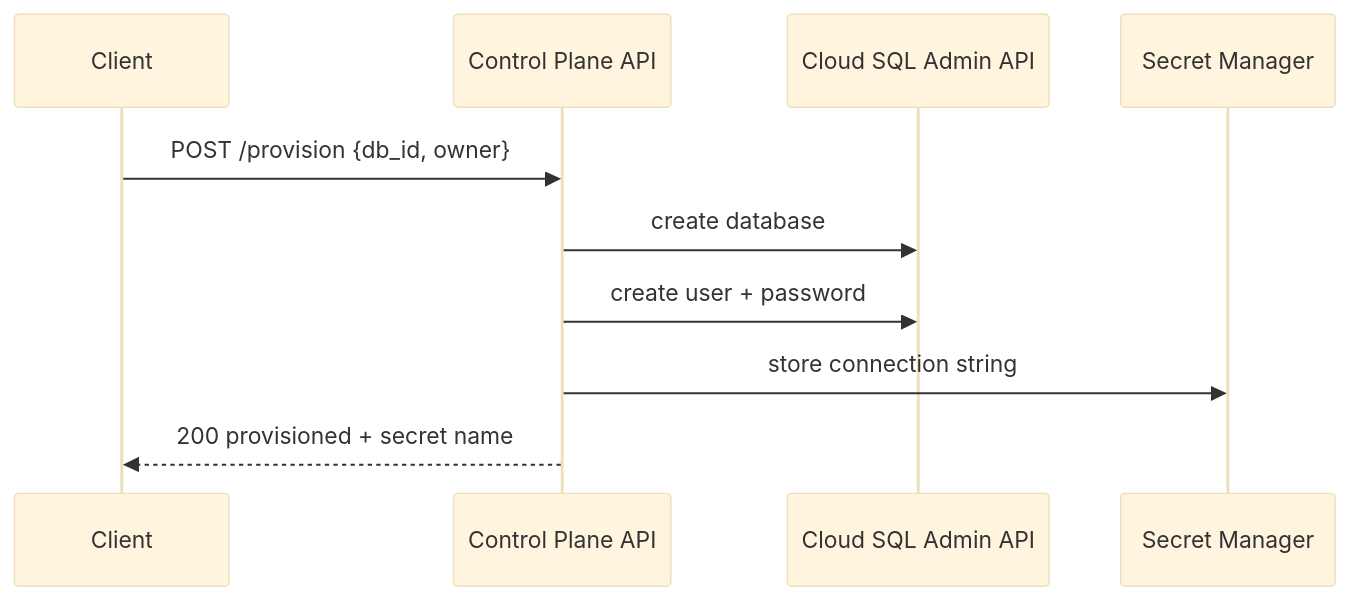
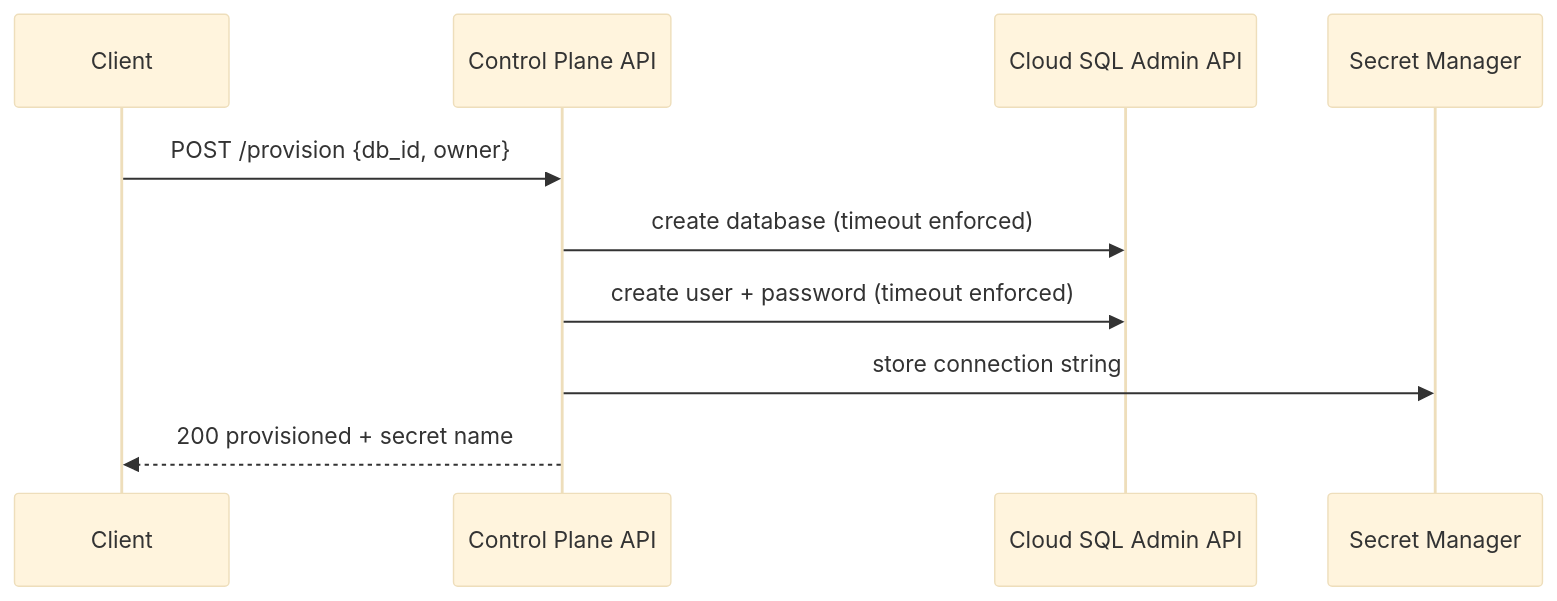
Before and after one commit to ylanning/db-platform: the third of 7 diagrams in docs/diagrams.md, drawn with Mermaid (base theme). The commit also changed other lines of this file and 1 other file, not shown here.

````diff
--- a/docs/diagrams.md
+++ b/docs/diagrams.md
@@ -62,13 +62,13 @@
 ```mermaid
 sequenceDiagram
   participant Client
   participant API as Control Plane API
   participant SQL as Cloud SQL Admin API
   participant SM as Secret Manager
 
   Client->>API: POST /provision {db_id, owner}
-  API->>SQL: create database
-  API->>SQL: create user + password
+  API->>SQL: create database (timeout enforced)
+  API->>SQL: create user + password (timeout enforced)
   API->>SM: store connection string
   API-->>Client: 200 provisioned + secret name
 ```
````
